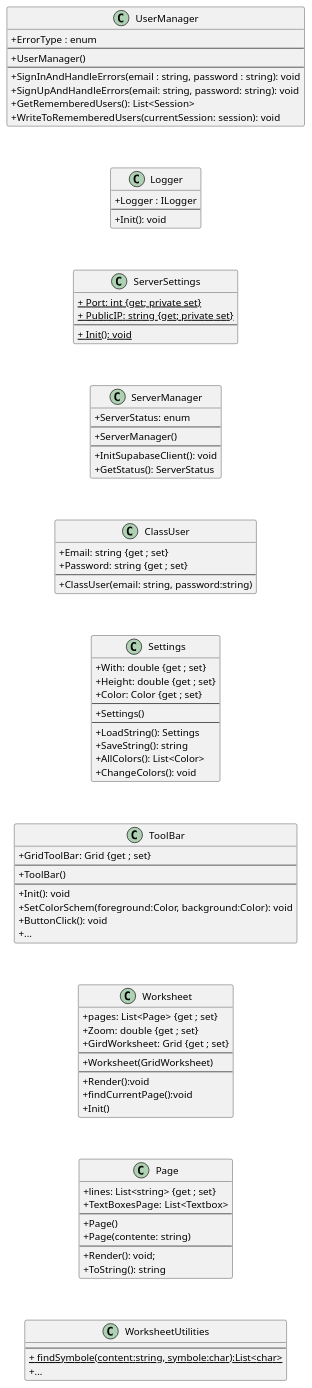
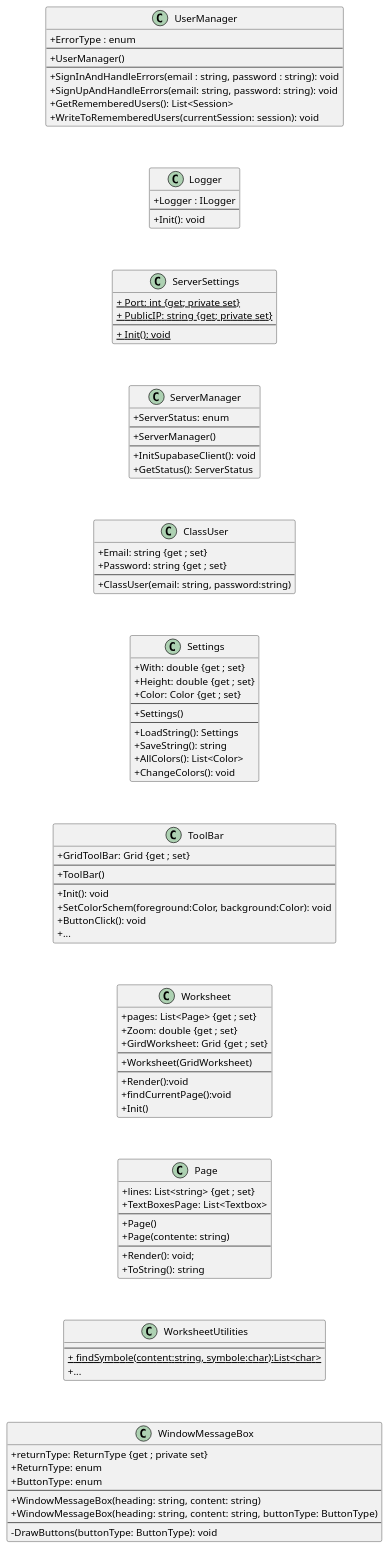
Before and after one commit to potexxi/MarkIt: the diagram in doc/idea.md, drawn with PlantUML.

```diff
--- a/doc/idea.md
+++ b/doc/idea.md
@@ -157,6 +157,17 @@
     + ...
 }
 
+class WindowMessageBox{
+    + returnType: ReturnType {get ; private set}
+    + ReturnType: enum
+    + ButtonType: enum
+    --
+    + WindowMessageBox(heading: string, content: string)
+    + WindowMessageBox(heading: string, content: string, buttonType: ButtonType)
+    --
+    - DrawButtons(buttonType: ButtonType): void
+}
+
 
 
 ' ChatGPT Anfang
@@ -172,5 +183,6 @@
 ToolBar -[hidden]-> Worksheet
 Worksheet -[hidden]-> Page
 Page -[hidden]-> WorksheetUtilities
+WorksheetUtilities -[hidden]-> WindowMessageBox
 
 @enduml
```
